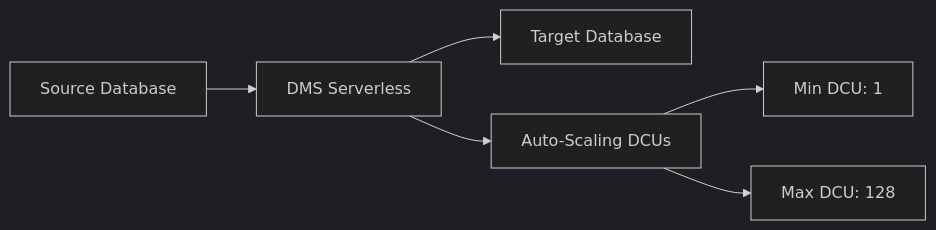
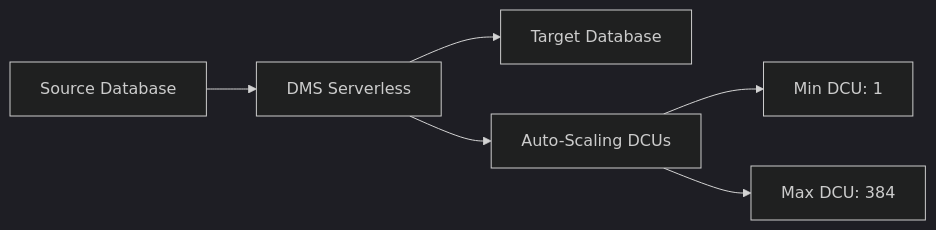
One commit to OneUptime/blog changed the diagram in posts/2026-02-12-set-up-dms-serverless-for-database-migration/README.md. Above: the diagram before and after it, drawn with Mermaid (dark theme). The commit also changed other lines of this file and 2 other files, not shown here.

````diff
--- a/posts/2026-02-12-set-up-dms-serverless-for-database-migration/README.md
+++ b/posts/2026-02-12-set-up-dms-serverless-for-database-migration/README.md
@@ -21,8 +21,8 @@
 ```mermaid
 graph LR
     A[Source Database] --> B[DMS Serverless]
     B --> C[Target Database]
     B --> D[Auto-Scaling DCUs]
     D --> E[Min DCU: 1]
-    D --> F[Max DCU: 128]
+    D --> F[Max DCU: 384]
 ```
````
